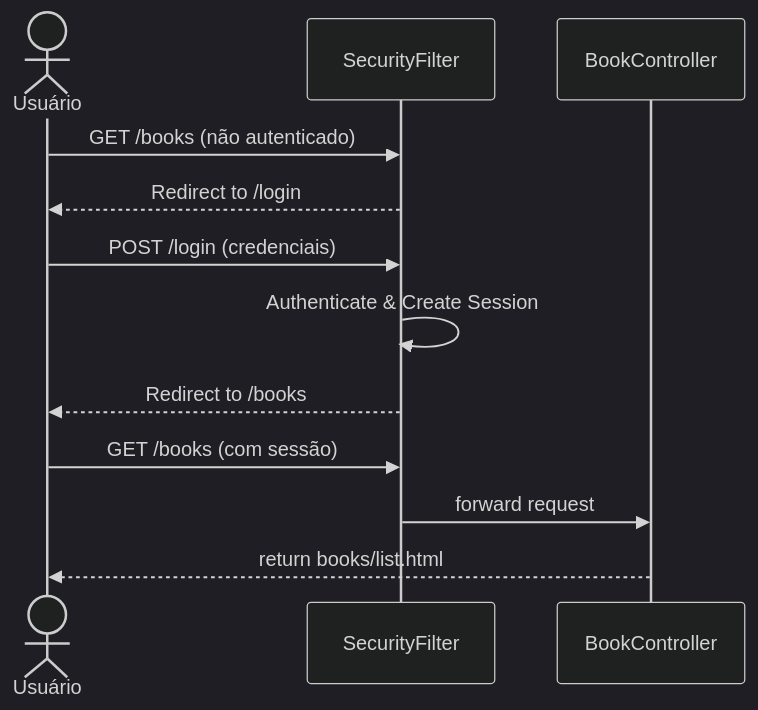
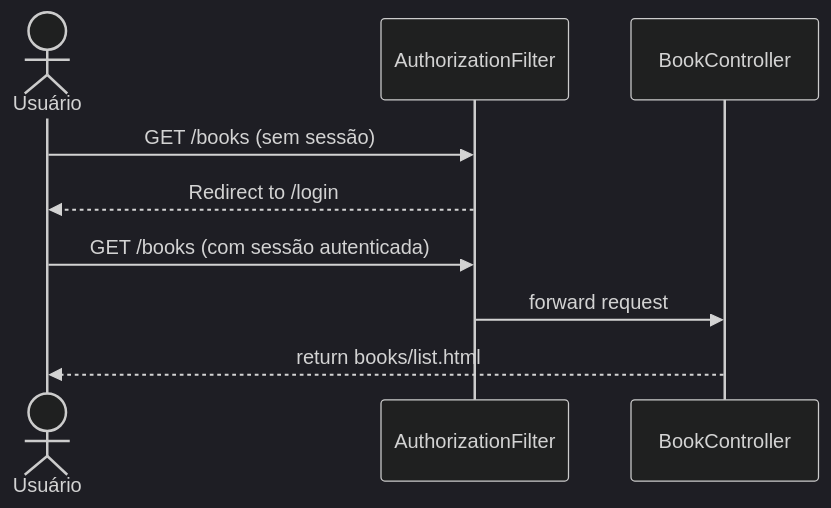
One commit to cintiacarvv/Projeto-QS changed the fourth of 6 diagrams in RTM.md. Above: the diagram before and after it, drawn with Mermaid (dark theme). The commit also changed other lines of this file and 6 other files, not shown here.

````diff
--- a/RTM.md
+++ b/RTM.md
@@ -60,17 +97,13 @@
 ```mermaid
 sequenceDiagram
     actor U as Usuário
-    participant F as SecurityFilter
+    participant F as AuthorizationFilter
     participant C as BookController
 
-    U->>F: GET /books (não autenticado)
+    U->>F: GET /books (sem sessão)
     F-->>U: Redirect to /login
 
-    U->>F: POST /login (credenciais)
-    F->>F: Authenticate & Create Session
-    F-->>U: Redirect to /books
-
-    U->>F: GET /books (com sessão)
+    U->>F: GET /books (com sessão autenticada)
     F->>C: forward request
     C-->>U: return books/list.html
 ```
````
